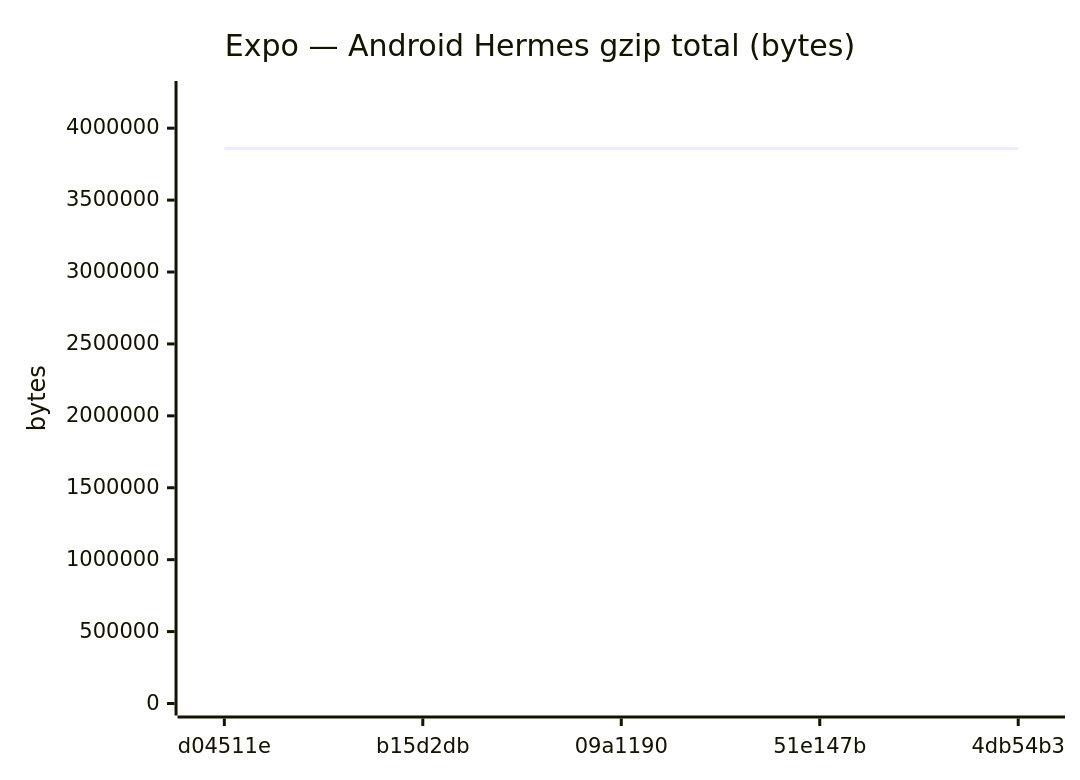
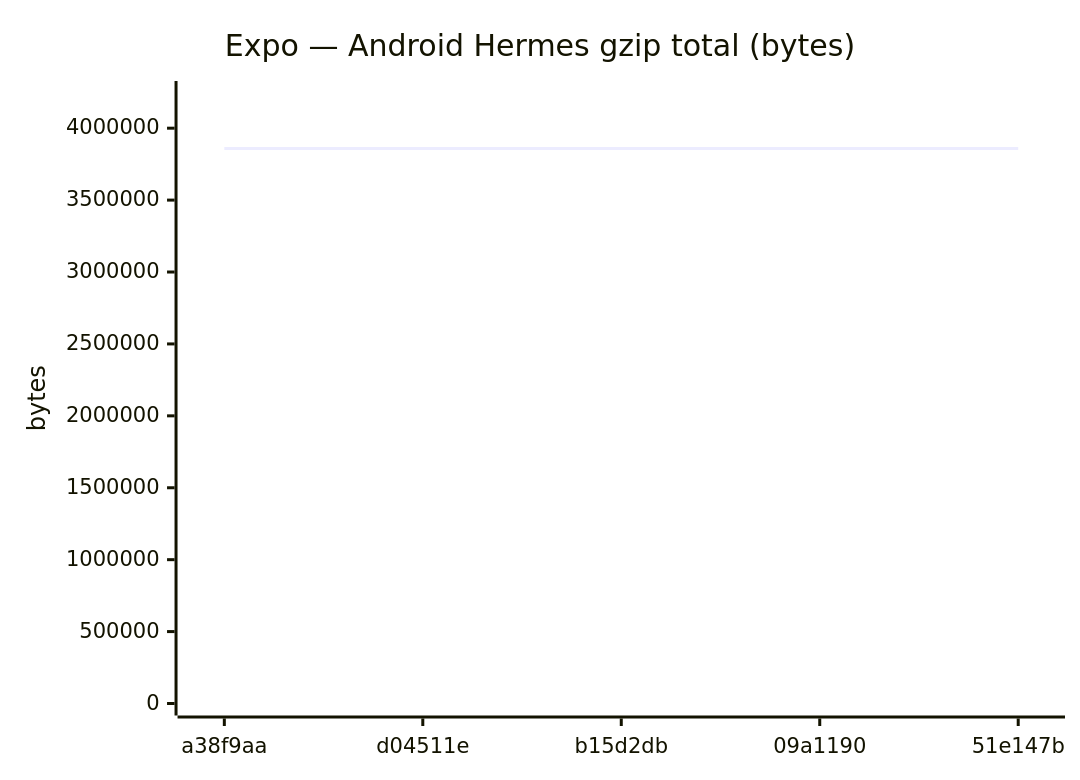
Before and after one commit to Metaheurist/Rianell: diagram 11 of 18 in benchmarks/compare.md, drawn with Mermaid. The commit also changed other lines of this file and 11 other files, not shown here.

````diff
--- a/benchmarks/compare.md
+++ b/benchmarks/compare.md
@@ -172,7 +172,7 @@
 ```mermaid
 xychart-beta
     title "Expo — Android Hermes gzip total (bytes)"
-    x-axis ["d04511e", "b15d2db", "09a1190", "51e147b", "4db54b3"]
+    x-axis ["a38f9aa", "d04511e", "b15d2db", "09a1190", "51e147b"]
     y-axis "bytes" 0 --> 4244640
-    line [3858192, 3858195, 3858763, 3858763, 3858762]
+    line [3858192, 3858192, 3858195, 3858763, 3858763]
 ```
````
